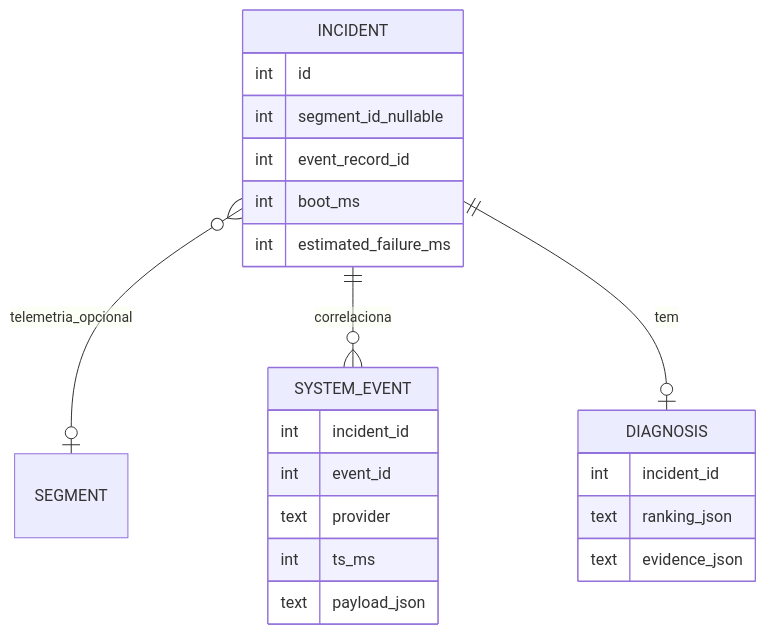
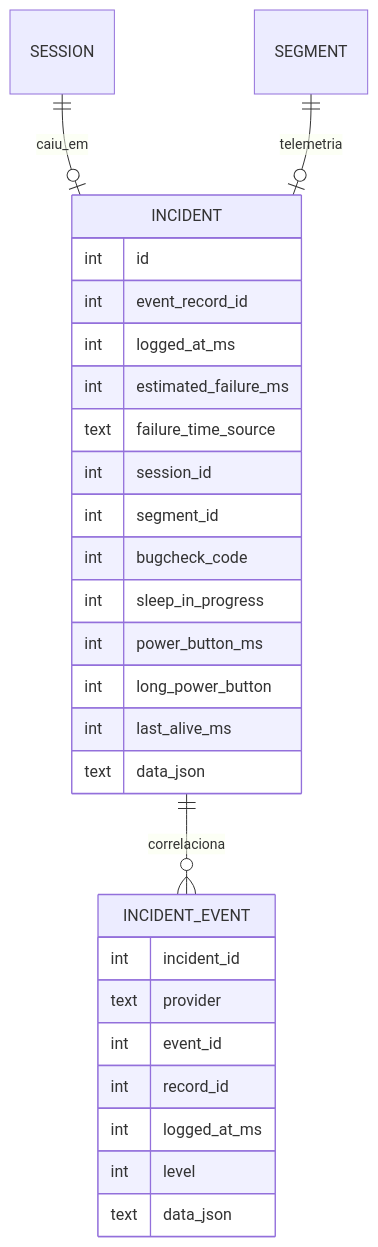
One commit to oGabrielSilva/caixa-preta-pc-monitor changed the second of 3 diagrams in docs/architecture/data-model.md. Above: the diagram before and after it, drawn with Mermaid. The commit also changed other lines of this file and 6 other files, not shown here.

````diff
--- a/docs/architecture/data-model.md
+++ b/docs/architecture/data-model.md
@@ -25,9 +25,8 @@
 ```mermaid
 erDiagram
-    INCIDENT }o--o| SEGMENT : telemetria_opcional
-    INCIDENT ||--o{ SYSTEM_EVENT : correlaciona
-    INCIDENT ||--o| DIAGNOSIS : tem
-    INCIDENT { int id  int segment_id_nullable  int event_record_id  int boot_ms  int estimated_failure_ms }
-    SYSTEM_EVENT { int incident_id  int event_id  text provider  int ts_ms  text payload_json }
-    DIAGNOSIS { int incident_id  text ranking_json  text evidence_json }
+    SESSION ||--o| INCIDENT : caiu_em
+    SEGMENT ||--o| INCIDENT : telemetria
+    INCIDENT ||--o{ INCIDENT_EVENT : correlaciona
+    INCIDENT { int id  int event_record_id  int logged_at_ms  int estimated_failure_ms  text failure_time_source  int session_id  int segment_id  int bugcheck_code  int sleep_in_progress  int power_button_ms  int long_power_button  int last_alive_ms  text data_json }
+    INCIDENT_EVENT { int incident_id  text provider  int event_id  int record_id  int logged_at_ms  int level  text data_json }
 ```
````
